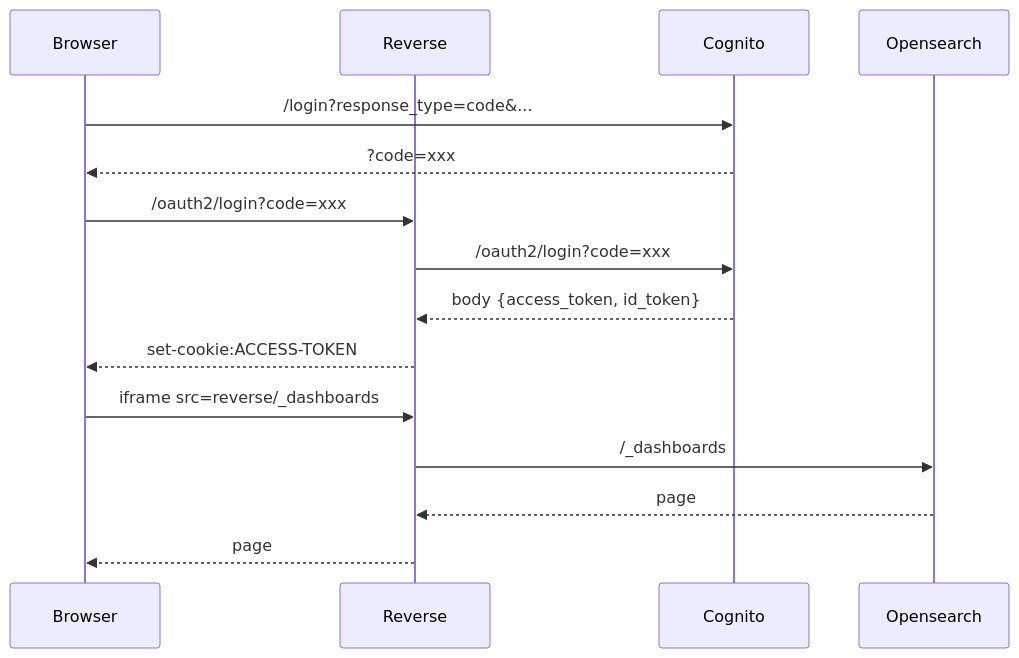
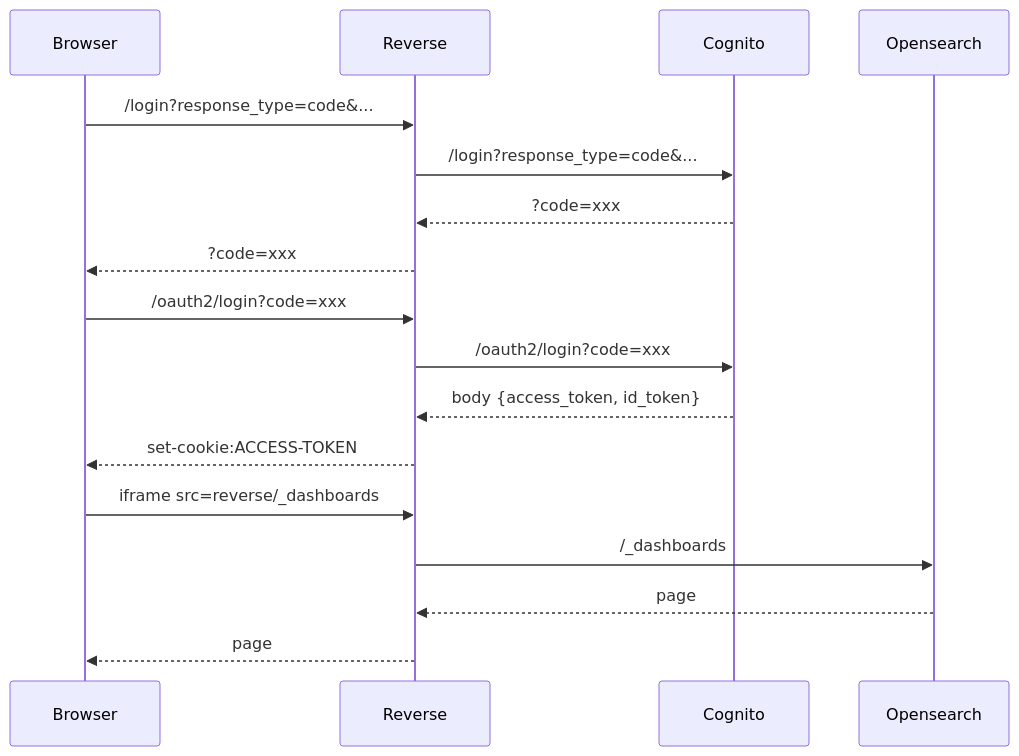
Before and after one commit to orlandobrea/opensearch-dashboard-login: the diagram in README.md, drawn with Mermaid.

````diff
--- a/README.md
+++ b/README.md
@@ -15,17 +15,19 @@
 ```mermaid
 sequenceDiagram
     participant Browser 
     participant Reverse 
     participant Cognito 
     participant Opensearch 
-    Browser->>Cognito: /login?response_type=code&...
-    Cognito-->>Browser: ?code=xxx
+    Browser->>Reverse: /login?response_type=code&...
+    Reverse->>Cognito: /login?response_type=code&...
+    Cognito-->>Reverse: ?code=xxx
+    Reverse-->>Browser: ?code=xxx
     Browser->>Reverse: /oauth2/login?code=xxx
     Reverse->>Cognito: /oauth2/login?code=xxx
     Cognito-->>Reverse: body {access_token, id_token}
     Reverse-->>Browser: set-cookie:ACCESS-TOKEN
     Browser->>Reverse: iframe src=reverse/_dashboards
     Reverse->>Opensearch: /_dashboards
     Opensearch-->>Reverse: page
     Reverse-->>Browser: page
 ```
````
